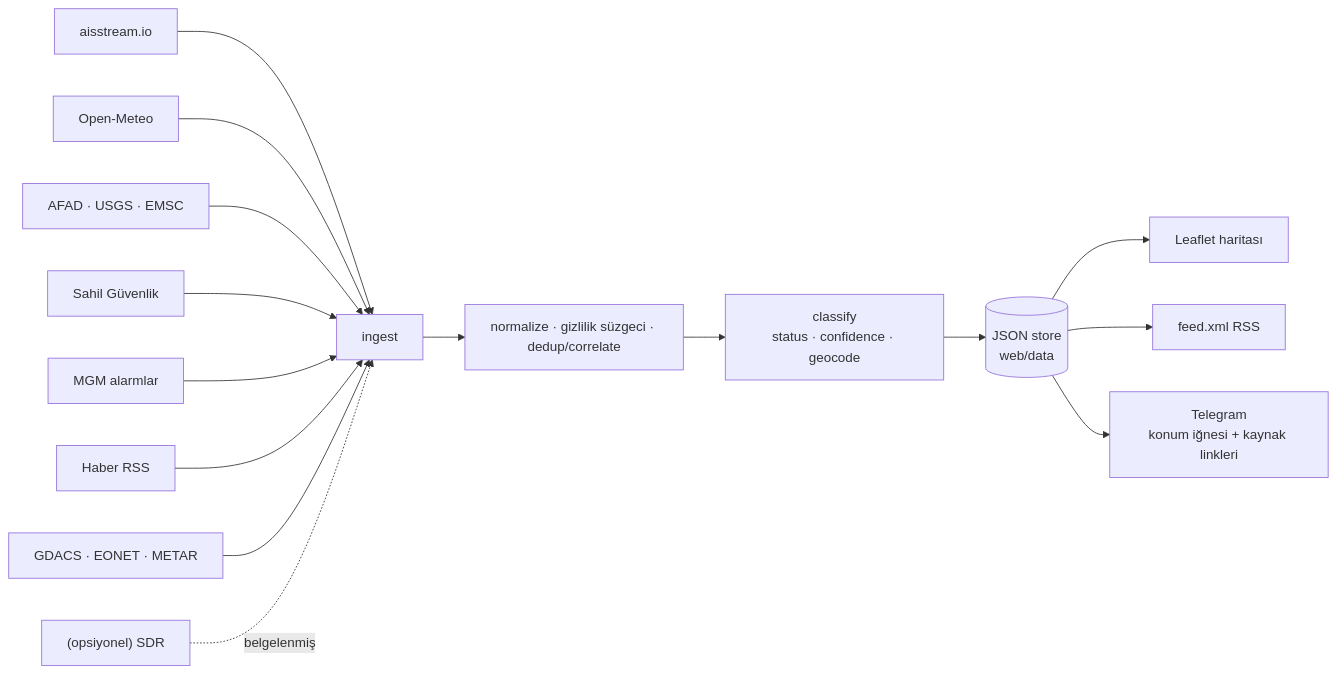
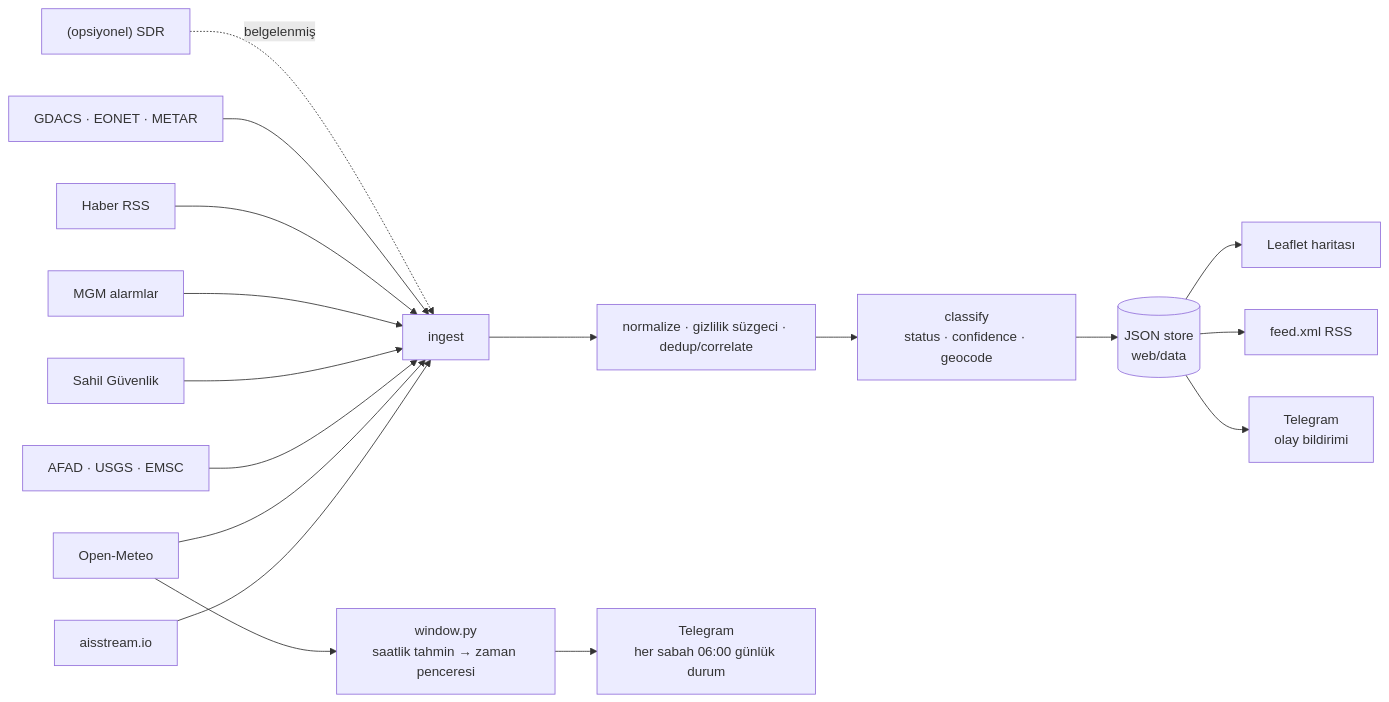
Before and after one commit to KeremKalyoncu/maritime-watch: the diagram in README.md, drawn with Mermaid. The commit also changed other lines of this file, not shown here.

````diff
--- a/README.md
+++ b/README.md
@@ -107,17 +117,19 @@
 ```mermaid
 flowchart LR
     A1[aisstream.io] --> P[ingest]
     A2[Open-Meteo] --> P
     A3["AFAD · USGS · EMSC"] --> P
     A4[Sahil Güvenlik] --> P
     A5[MGM alarmlar] --> P
     A6[Haber RSS] --> P
     A7["GDACS · EONET · METAR"] --> P
     A8["(opsiyonel) SDR"] -. belgelenmiş .-> P
     P --> N["normalize · gizlilik süzgeci · dedup/correlate"]
     N --> C["classify<br/>status · confidence · geocode"]
     C --> S[("JSON store<br/>web/data")]
     S --> M[Leaflet haritası]
     S --> F[feed.xml RSS]
-    S --> T["Telegram<br/>konum iğnesi + kaynak linkleri"]
+    S --> T["Telegram<br/>olay bildirimi"]
+    A2 --> W["window.py<br/>saatlik tahmin → zaman penceresi"]
+    W --> D["Telegram<br/>her sabah 06:00 günlük durum"]
 ```
````
